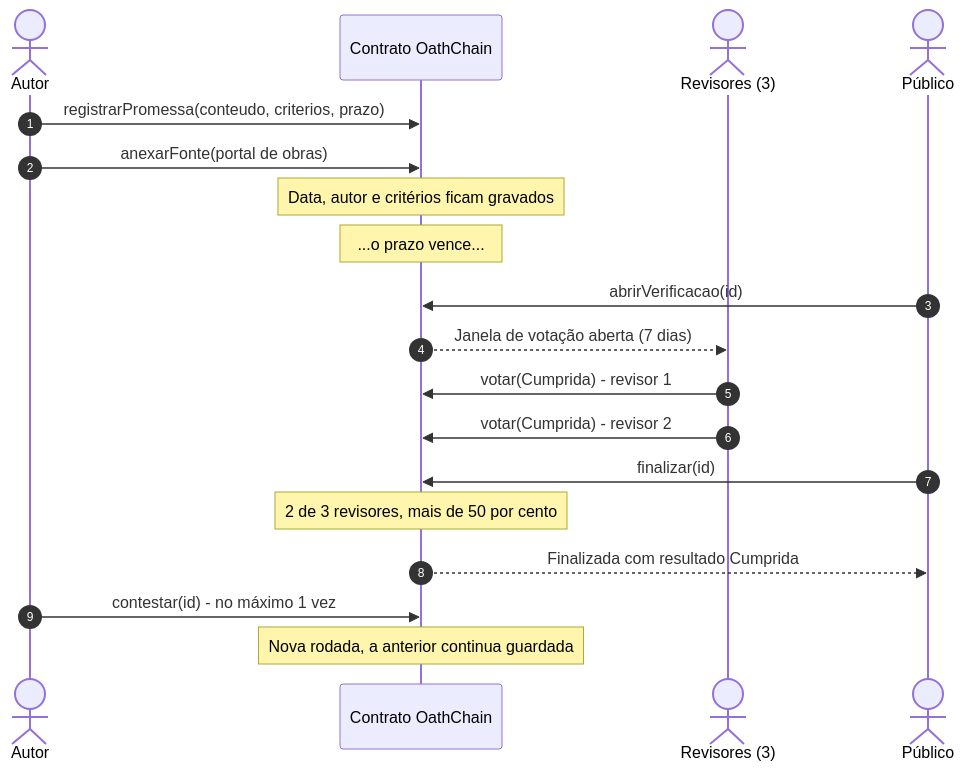
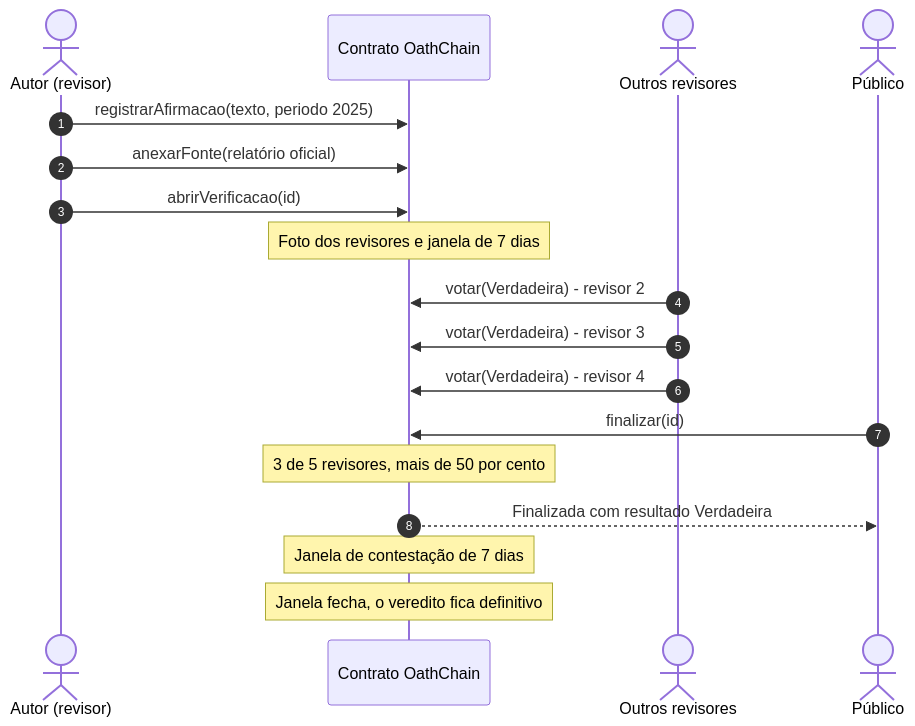
The second of 5 diagrams in README.md (paivafgustavo/OathChain), drawn with Mermaid before and after one commit. The commit also changed other lines of this file, not shown here.

````diff
--- a/README.md
+++ b/README.md
@@ -116,22 +122,21 @@
 ```mermaid
 sequenceDiagram
     autonumber
-    actor A as Autor
+    actor A as Autor (revisor)
     participant C as Contrato OathChain
-    actor R as Revisores (3)
+    actor R as Outros revisores
     actor P as Público
 
-    A->>C: registrarPromessa(conteudo, criterios, prazo)
-    A->>C: anexarFonte(portal de obras)
-    Note over C: Data, autor e critérios ficam gravados
-    Note over C: ...o prazo vence...
-    P->>C: abrirVerificacao(id)
-    C-->>R: Janela de votação aberta (7 dias)
-    R->>C: votar(Cumprida) - revisor 1
-    R->>C: votar(Cumprida) - revisor 2
+    A->>C: registrarAfirmacao(texto, periodo 2025)
+    A->>C: anexarFonte(relatório oficial)
+    A->>C: abrirVerificacao(id)
+    Note over C: Foto dos revisores e janela de 7 dias
+    R->>C: votar(Verdadeira) - revisor 2
+    R->>C: votar(Verdadeira) - revisor 3
+    R->>C: votar(Verdadeira) - revisor 4
     P->>C: finalizar(id)
-    Note over C: 2 de 3 revisores, mais de 50 por cento
-    C-->>P: Finalizada com resultado Cumprida
-    A->>C: contestar(id) - no máximo 1 vez
-    Note over C: Nova rodada, a anterior continua guardada
+    Note over C: 3 de 5 revisores, mais de 50 por cento
+    C-->>P: Finalizada com resultado Verdadeira
+    Note over C: Janela de contestação de 7 dias
+    Note over C: Janela fecha, o veredito fica definitivo
 ```
````
